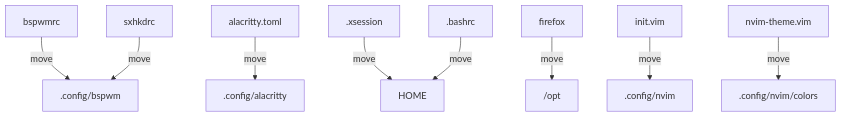
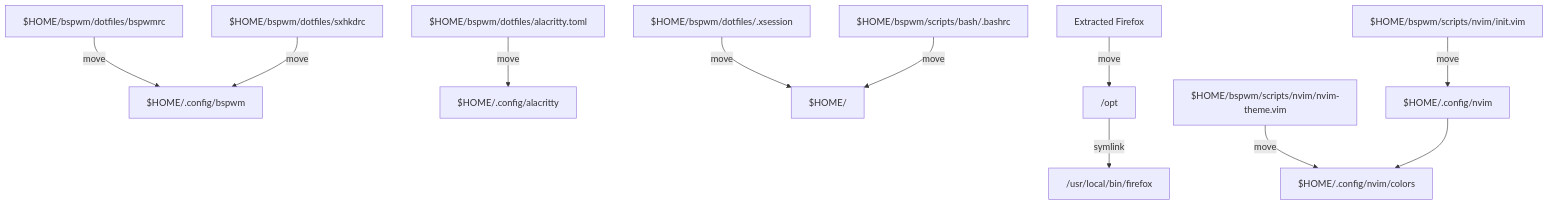
The diagram in README.md (driversline/dotfiles), drawn with Mermaid before and after one commit.

````diff
--- a/README.md
+++ b/README.md
@@ -9,11 +9,16 @@
 ```mermaid
 graph TD;
-    bspwmrc -->|move| .config/bspwm
-    sxhkdrc -->|move| .config/bspwm
-    alacritty.toml -->|move| .config/alacritty
-    .xsession -->|move| HOME
-    .bashrc -->|move| HOME
-    firefox -->|move| /opt
-    init.vim -->|move| .config/nvim
-    nvim-theme.vim -->|move| .config/nvim/colors
+    bspwmrc["$HOME/bspwm/dotfiles/bspwmrc"] -->|move| bspwm_config["$HOME/.config/bspwm"]
+    sxhkdrc["$HOME/bspwm/dotfiles/sxhkdrc"] -->|move| bspwm_config
+    alacritty_toml["$HOME/bspwm/dotfiles/alacritty.toml"] -->|move| alacritty_config["$HOME/.config/alacritty"]
+    xsession["$HOME/bspwm/dotfiles/.xsession"] -->|move| home["$HOME/"]
+
+    bashrc["$HOME/bspwm/scripts/bash/.bashrc"] -->|move| home
+
+    firefox["Extracted Firefox"] -->|move| opt["/opt"]
+    opt -->|symlink| usr_local_bin["/usr/local/bin/firefox"]
+
+    nvim_init["$HOME/bspwm/scripts/nvim/init.vim"] -->|move| nvim_config["$HOME/.config/nvim"]
+    nvim_theme["$HOME/bspwm/scripts/nvim/nvim-theme.vim"] -->|move| nvim_colors["$HOME/.config/nvim/colors"]
+    nvim_config --> nvim_colors
 ```
````
